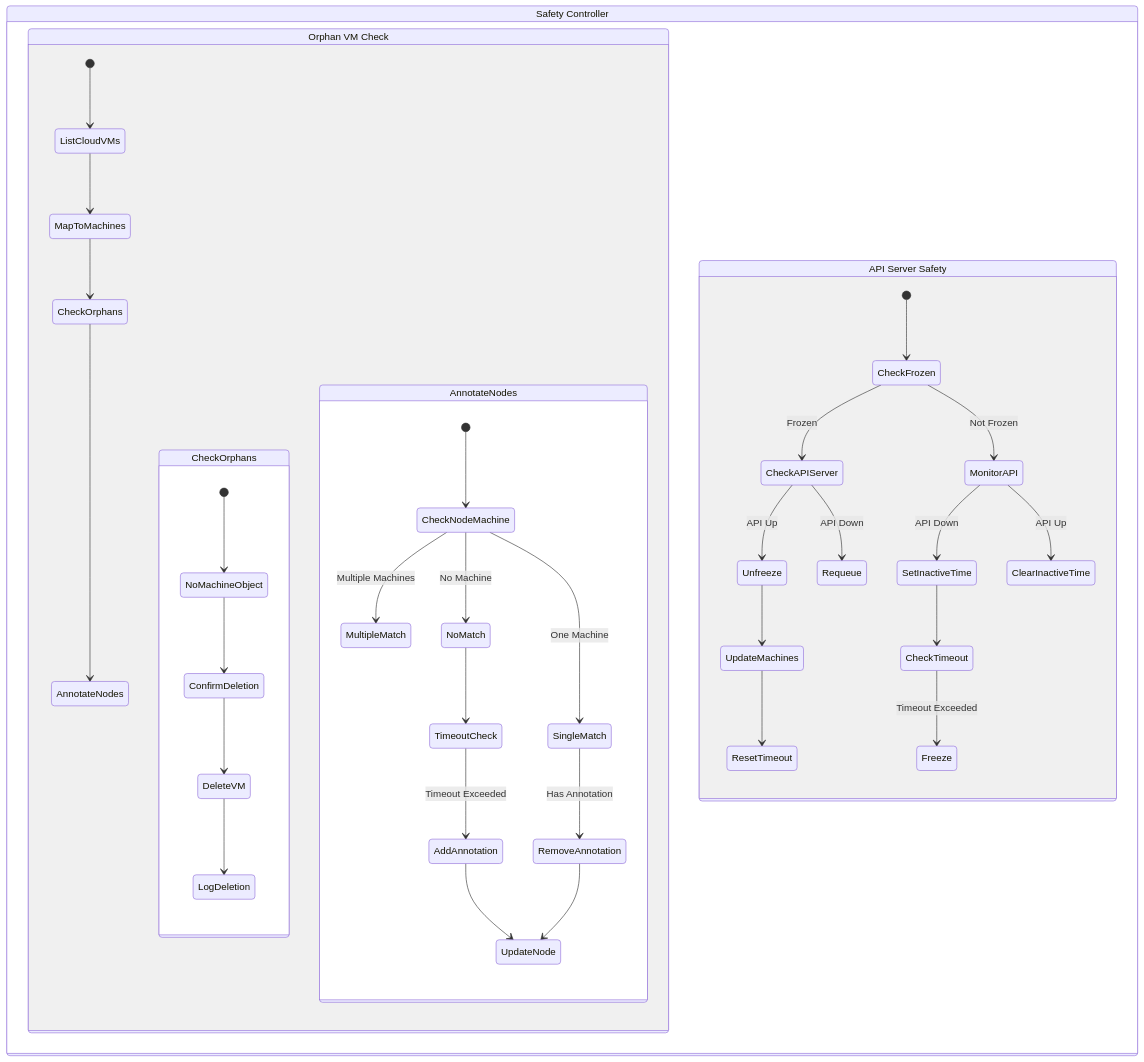
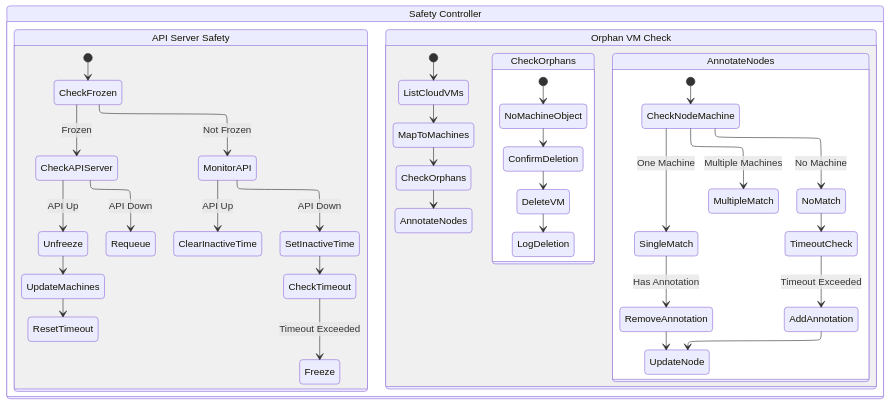
One commit to brongulus/brongulus.github.io changed the fifth of 7 diagrams in content/notes/2fast2mcm.md. Above: the diagram before and after it, drawn with Mermaid. The commit also changed other lines of this file and 7 other files, not shown here.

````diff
--- a/content/notes/2fast2mcm.md
+++ b/content/notes/2fast2mcm.md
@@ -236,52 +274,56 @@
 ```mermaid
+---
+  config:
+    layout: elk
+---
 stateDiagram-v2
     state "Safety Controller" as SC {
         state "Orphan VM Check" as OVC {
             [*] --> ListCloudVMs
             ListCloudVMs --> MapToMachines
             MapToMachines --> CheckOrphans
             
             state "CheckOrphans" as CO {
                 [*] --> NoMachineObject
                 NoMachineObject --> ConfirmDeletion
                 ConfirmDeletion --> DeleteVM
                 DeleteVM --> LogDeletion
             }
             
             CheckOrphans --> AnnotateNodes
             
             state "AnnotateNodes" as AN {
                 [*] --> CheckNodeMachine
                 CheckNodeMachine --> MultipleMatch : Multiple Machines
                 CheckNodeMachine --> NoMatch : No Machine
                 CheckNodeMachine --> SingleMatch : One Machine
                 
                 NoMatch --> TimeoutCheck
                 TimeoutCheck --> AddAnnotation : Timeout Exceeded
                 
                 SingleMatch --> RemoveAnnotation : Has Annotation
                 
                 AddAnnotation --> UpdateNode
                 RemoveAnnotation --> UpdateNode
             }
         }
 
         state "API Server Safety" as ASS {
             [*] --> CheckFrozen
             CheckFrozen --> CheckAPIServer : Frozen
             CheckFrozen --> MonitorAPI : Not Frozen
             
             CheckAPIServer --> Unfreeze : API Up
             CheckAPIServer --> Requeue : API Down
             
             MonitorAPI --> SetInactiveTime : API Down
             MonitorAPI --> ClearInactiveTime : API Up
             
             SetInactiveTime --> CheckTimeout
             CheckTimeout --> Freeze : Timeout Exceeded
             
             Unfreeze --> UpdateMachines
             UpdateMachines --> ResetTimeout
         }
     }
 ```
````
